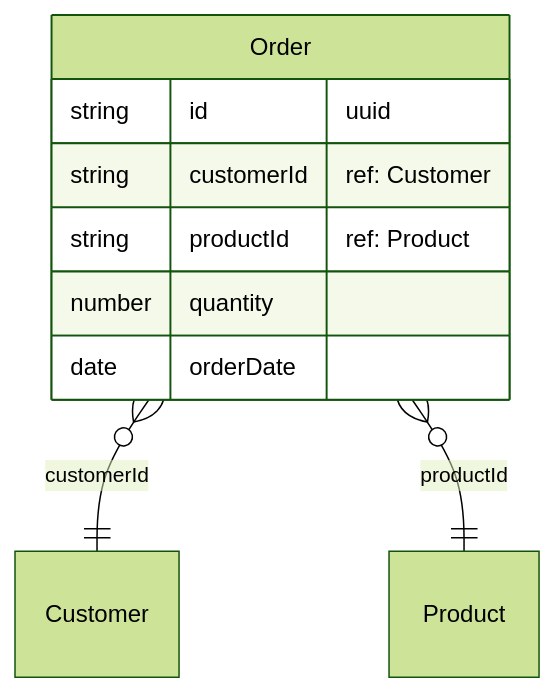
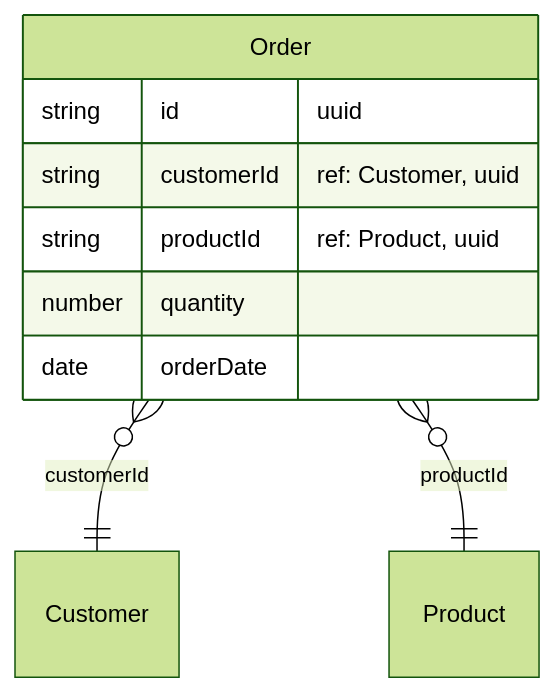
One commit to kothar/zod-mermaid changed the eighth of 10 diagrams in README.md. Above: the diagram before and after it, drawn with Mermaid (forest theme). The commit also changed other lines of this file and 4 other files, not shown here.

````diff
--- a/README.md
+++ b/README.md
@@ -341,16 +341,16 @@
 ```mermaid
 erDiagram
     Order {
         string id "uuid"
-        string customerId "ref: Customer"
-        string productId "ref: Product"
+        string customerId "ref: Customer, uuid"
+        string productId "ref: Product, uuid"
         number quantity
         date orderDate
     }
     Customer {
     }
     Product {
     }
     Order }o--|| Customer : "customerId"
     Order }o--|| Product : "productId"
 ```
````
